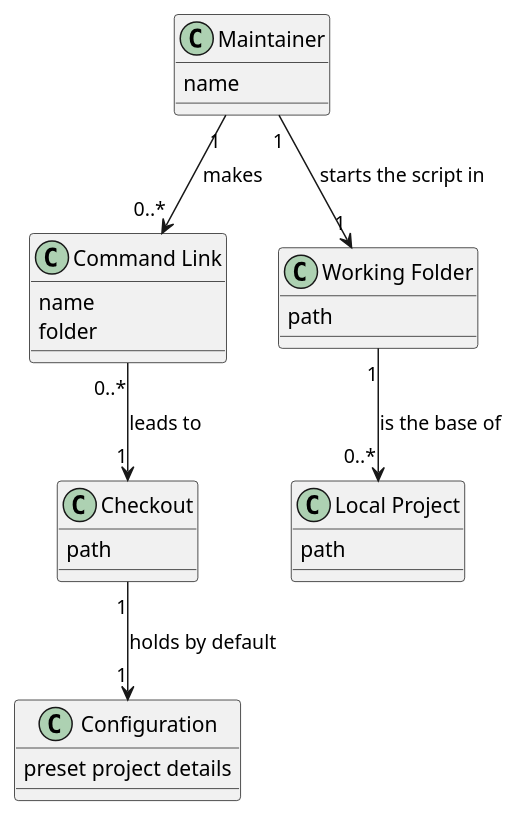
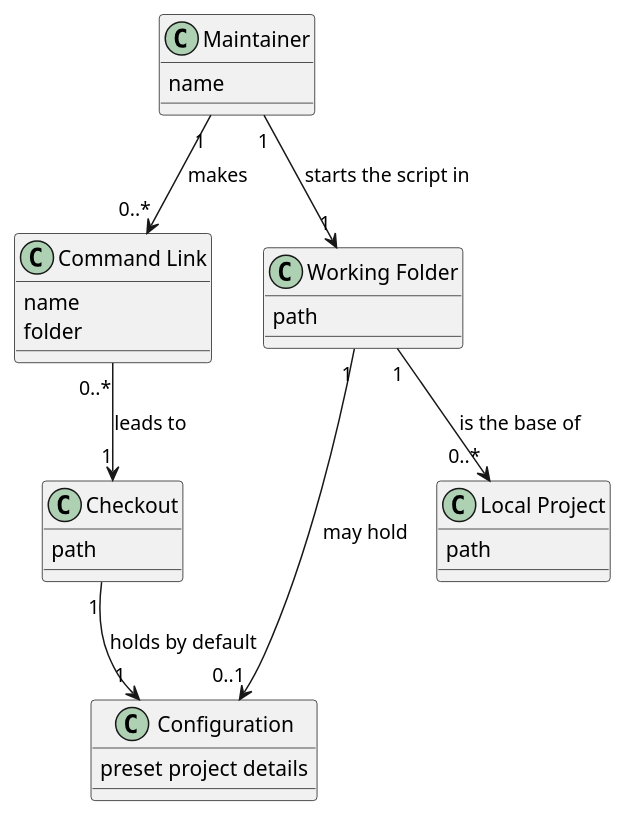
One commit to TirSystem-BashScript/RepoFoundry changed the diagram in docs/uc-002/dm.md. Above: the diagram before and after it, drawn with PlantUML. The commit also changed other lines of this file and 14 other files, not shown here.

First line of the commit message:
Plan the default configuration files: working folder first, then the checkout

````diff
--- a/docs/uc-002/dm.md
+++ b/docs/uc-002/dm.md
@@ -24,28 +25,29 @@
 ```plantuml
 @startuml
 class Maintainer {
   name
 }
 class "Command Link" as CommandLink {
   name
   folder
 }
 class Checkout {
   path
 }
 class "Working Folder" as WorkingFolder {
   path
 }
 class Configuration {
   preset project details
 }
 class "Local Project" as LocalProject {
   path
 }
 Maintainer "1" --> "0..*" CommandLink : makes
 CommandLink "0..*" --> "1" Checkout : leads to
 Maintainer "1" --> "1" WorkingFolder : starts the script in
 Checkout "1" --> "1" Configuration : holds by default
+WorkingFolder "1" --> "0..1" Configuration : may hold
 WorkingFolder "1" --> "0..*" LocalProject : is the base of
 @enduml
 ```
````
